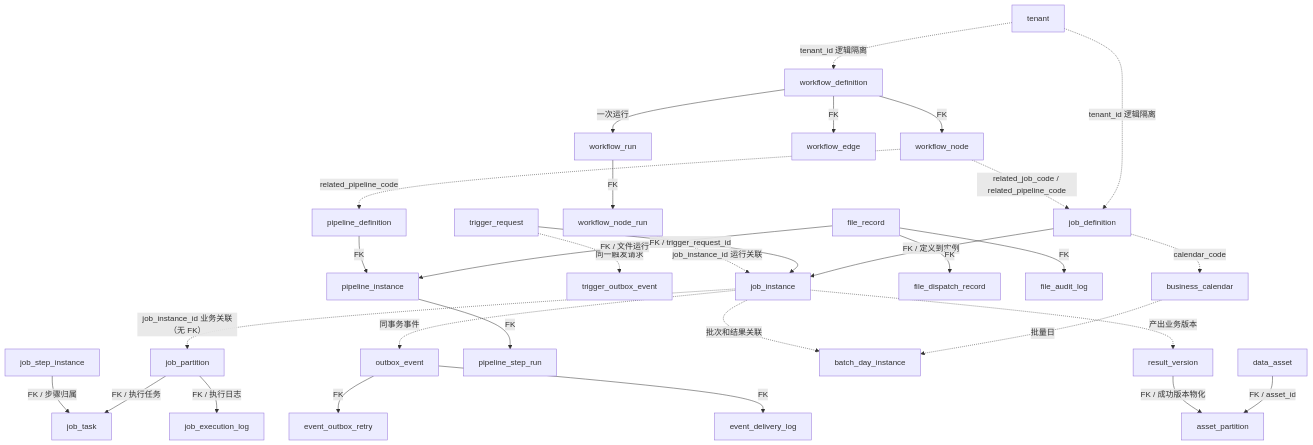
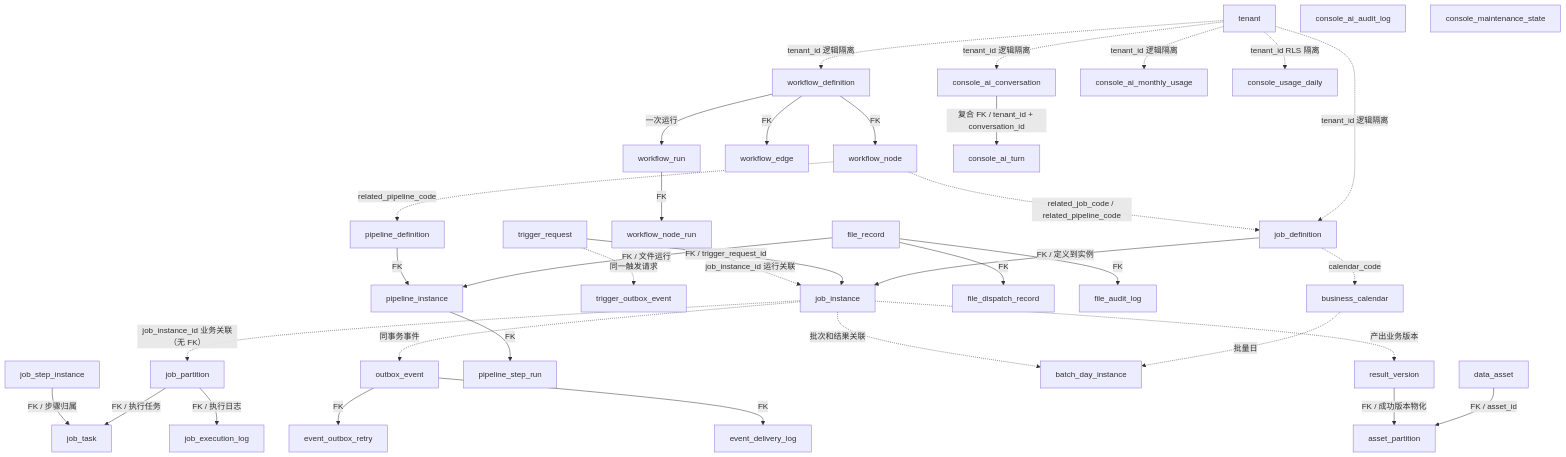
One commit to pinpols/file-batch-system changed the second of 2 diagrams in docs/design/database-schema-guide.md. Above: the diagram before and after it, drawn with Mermaid. The commit also changed other lines of this file and 19 other files, not shown here.

````diff
--- a/docs/design/database-schema-guide.md
+++ b/docs/design/database-schema-guide.md
@@ -42,64 +42,74 @@
 ```mermaid
 flowchart TB
   tenant[tenant]
   jobdef[job_definition]
   instance[job_instance]
   partition[job_partition]
   task[job_task]
   step[job_step_instance]
   execLog[job_execution_log]
   outbox[outbox_event]
   retry[event_outbox_retry]
   delivery[event_delivery_log]
   wfdef[workflow_definition]
   node[workflow_node]
   edge[workflow_edge]
   wfrun[workflow_run]
   noderun[workflow_node_run]
   trigger[trigger_request]
   triggerOut[trigger_outbox_event]
   trigger -. "同一触发请求" .-> triggerOut
   file[file_record]
   pipeDef[pipeline_definition]
   pipe[pipeline_instance]
   pipeStep[pipeline_step_run]
   dispatch[file_dispatch_record]
   audit[file_audit_log]
+  aiAudit[console_ai_audit_log]
+  aiConversation[console_ai_conversation]
+  aiTurn[console_ai_turn]
+  aiUsage[console_ai_monthly_usage]
+  maintenance[console_maintenance_state]
+  usageDaily[console_usage_daily]
   calendar[business_calendar]
   day[batch_day_instance]
   result[result_version]
   asset[data_asset]
   assetPart[asset_partition]
 
   tenant -. "tenant_id 逻辑隔离" .-> jobdef
   tenant -. "tenant_id 逻辑隔离" .-> wfdef
   jobdef -->|"FK / 定义到实例"| instance
   instance -. "job_instance_id 业务关联（无 FK）" .-> partition
   partition -->|"FK / 执行任务"| task
   partition -->|"FK / 执行日志"| execLog
   step -->|"FK / 步骤归属"| task
   instance -. "同事务事件" .-> outbox
   outbox -->|"FK"| retry
   outbox -->|"FK"| delivery
 
   wfdef -->|"FK"| node
   wfdef -->|"FK"| edge
   wfdef -->|"一次运行"| wfrun
   wfrun -->|"FK"| noderun
   node -. "related_job_code / related_pipeline_code" .-> jobdef
   node -. "related_pipeline_code" .-> pipeDef
   trigger -->|"FK / trigger_request_id"| instance
 
   file -->|"FK / 文件运行"| pipe
   pipeDef -->|"FK"| pipe
   pipe -->|"FK"| pipeStep
   file -->|"FK"| dispatch
   file -->|"FK"| audit
   jobdef -. "calendar_code" .-> calendar
   calendar -. "批量日" .-> day
   instance -. "批次和结果关联" .-> day
   instance -. "产出业务版本" .-> result
   noderun -. "job_instance_id 运行关联" .-> instance
   asset -->|"FK / asset_id"| assetPart
   result -->|"FK / 成功版本物化"| assetPart
+  aiConversation -->|"复合 FK / tenant_id + conversation_id"| aiTurn
+  tenant -. "tenant_id 逻辑隔离" .-> aiConversation
+  tenant -. "tenant_id 逻辑隔离" .-> aiUsage
+  tenant -. "tenant_id RLS 隔离" .-> usageDaily
 ```
````
